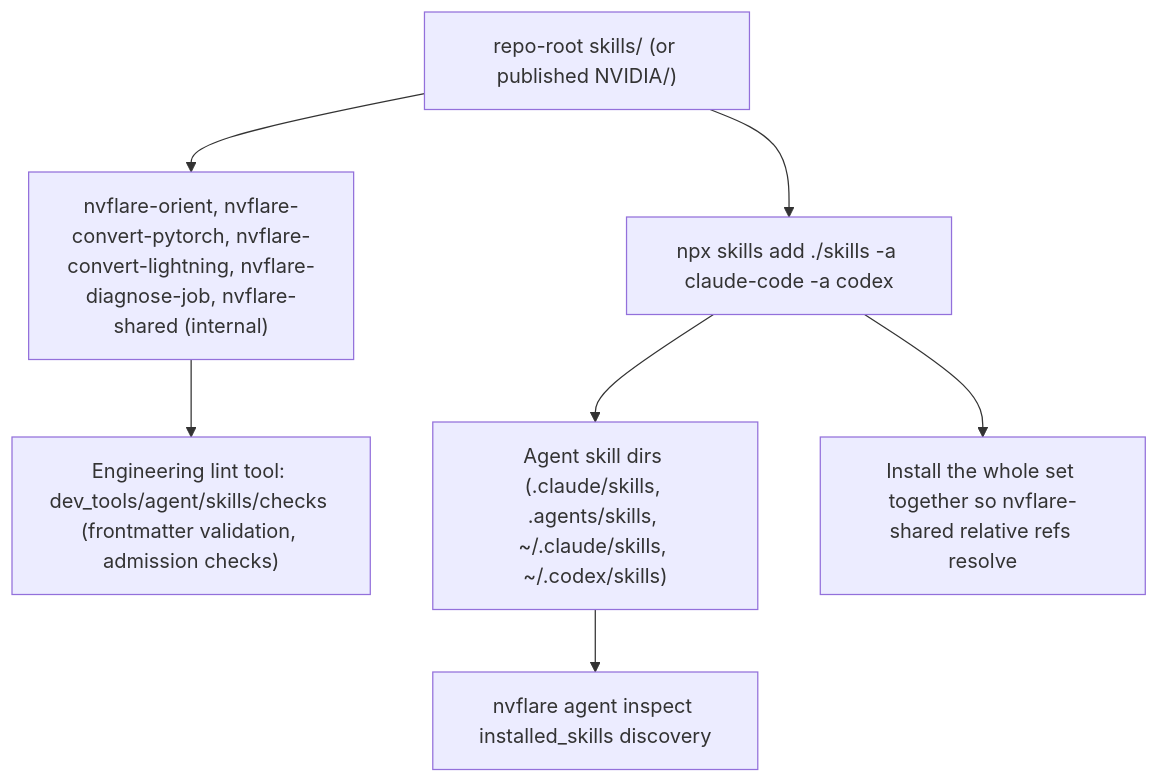
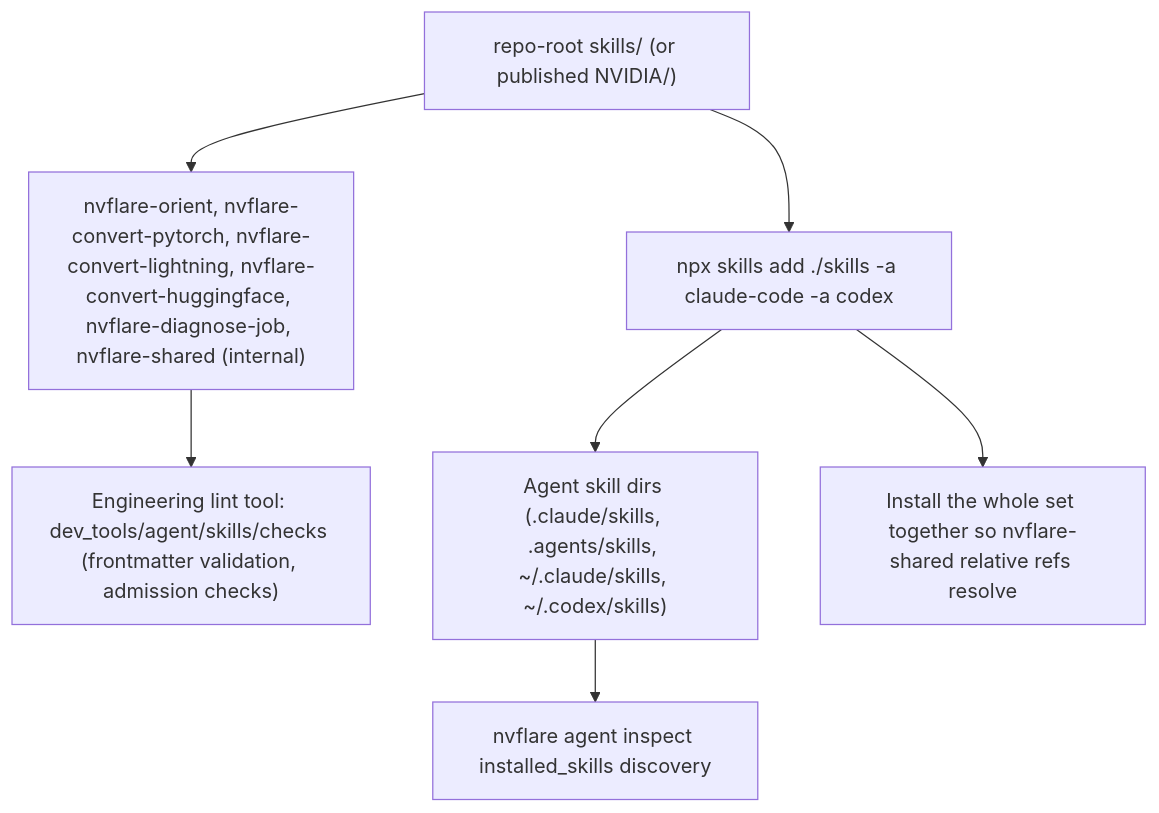
Before and after one commit to NVIDIA/NVFlare: the fourth of 5 diagrams in docs/design/skills_architecture.md, drawn with Mermaid. The commit also changed other lines of this file and 6 other files, not shown here.

````diff
--- a/docs/design/skills_architecture.md
+++ b/docs/design/skills_architecture.md
@@ -209,12 +210,12 @@
 ```mermaid
 flowchart TD
-    SkillsRoot["repo-root skills/ (or published NVIDIA/<skills-repo>)"] --> SkillDirs["nvflare-orient, nvflare-convert-pytorch, nvflare-convert-lightning, nvflare-diagnose-job, nvflare-shared (internal)"]
+    SkillsRoot["repo-root skills/ (or published NVIDIA/<skills-repo>)"] --> SkillDirs["nvflare-orient, nvflare-convert-pytorch, nvflare-convert-lightning, nvflare-convert-huggingface, nvflare-diagnose-job, nvflare-shared (internal)"]
 
     SkillDirs --> Lint["Engineering lint tool: dev_tools/agent/skills/checks (frontmatter validation, admission checks)"]
 
     SkillsRoot --> Install["npx skills add ./skills -a claude-code -a codex"]
     Install --> Target["Agent skill dirs (.claude/skills, .agents/skills, ~/.claude/skills, ~/.codex/skills)"]
     Target --> Discover["nvflare agent inspect installed_skills discovery"]
 
     Install --> WholeSet["Install the whole set together so nvflare-shared relative refs resolve"]
 ```
````
